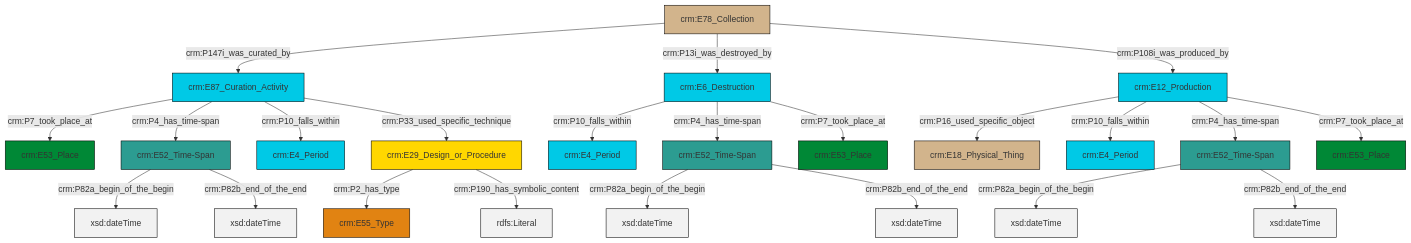
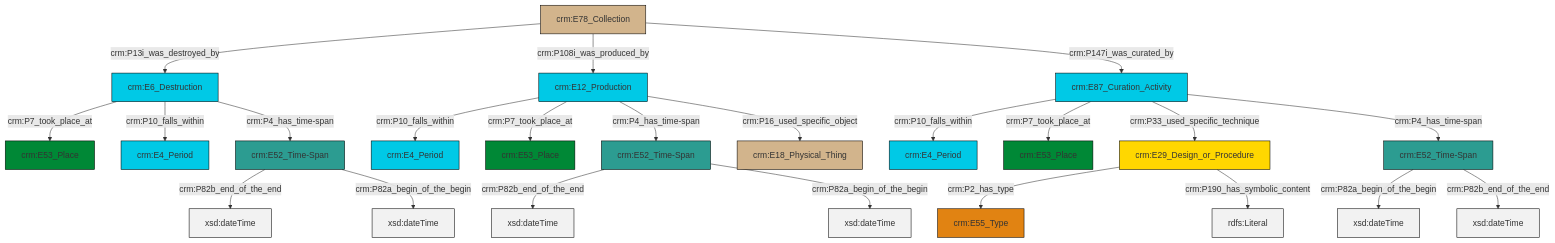
Before and after one commit to swiss-art-research-net/docs.swissartresearch: the diagram in et/archivalCSV/ttl/mmd/archival_existence.ttl.mmd, drawn with Mermaid. The commit also changed 176 other files, not shown here.

```diff
--- a/et/archivalCSV/ttl/mmd/archival_existence.ttl.mmd
+++ b/et/archivalCSV/ttl/mmd/archival_existence.ttl.mmd
@@ -1,37 +1,37 @@
 graph TD
 classDef Literal fill:#f2f2f2,stroke:#000000;
 classDef CRM_Entity fill:#FFFFFF,stroke:#000000;
 classDef Temporal_Entity fill:#00C9E6, stroke:#000000;
 classDef Type fill:#E18312, stroke:#000000;
 classDef Time-Span fill:#2C9C91, stroke:#000000;
 classDef Appellation fill:#FFEB7F, stroke:#000000;
 classDef Place fill:#008836, stroke:#000000;
 classDef Persistent_Item fill:#B266B2, stroke:#000000;
 classDef Conceptual_Object fill:#FFD700, stroke:#000000;
 classDef Physical_Thing fill:#D2B48C, stroke:#000000;
 classDef Actor fill:#f58aad, stroke:#000000;
 classDef PC_Classes fill:#4ce600, stroke:#000000;
 classDef Multi fill:#cccccc,stroke:#000000;
 
-2["crm:E78_Collection"]:::Physical_Thing -->|crm:P147i_was_curated_by| 3["crm:E87_Curation_Activity"]:::Temporal_Entity
-6["crm:E52_Time-Span"]:::Time-Span -->|crm:P82a_begin_of_the_begin| 7[xsd:dateTime]:::Literal
-3["crm:E87_Curation_Activity"]:::Temporal_Entity -->|crm:P7_took_place_at| 8["crm:E53_Place"]:::Place
-11["crm:E52_Time-Span"]:::Time-Span -->|crm:P82a_begin_of_the_begin| 12[xsd:dateTime]:::Literal
+2["crm:E52_Time-Span"]:::Time-Span -->|crm:P82b_end_of_the_end| 3[xsd:dateTime]:::Literal
+4["crm:E87_Curation_Activity"]:::Temporal_Entity -->|crm:P10_falls_within| 0["crm:E4_Period"]:::Temporal_Entity
+5["crm:E78_Collection"]:::Physical_Thing -->|crm:P13i_was_destroyed_by| 6["crm:E6_Destruction"]:::Temporal_Entity
+5["crm:E78_Collection"]:::Physical_Thing -->|crm:P108i_was_produced_by| 9["crm:E12_Production"]:::Temporal_Entity
+6["crm:E6_Destruction"]:::Temporal_Entity -->|crm:P7_took_place_at| 10["crm:E53_Place"]:::Place
 13["crm:E29_Design_or_Procedure"]:::Conceptual_Object -->|crm:P2_has_type| 14["crm:E55_Type"]:::Type
-0["crm:E12_Production"]:::Temporal_Entity -->|crm:P16_used_specific_object| 15["crm:E18_Physical_Thing"]:::Physical_Thing
-0["crm:E12_Production"]:::Temporal_Entity -->|crm:P10_falls_within| 17["crm:E4_Period"]:::Temporal_Entity
-0["crm:E12_Production"]:::Temporal_Entity -->|crm:P4_has_time-span| 11["crm:E52_Time-Span"]:::Time-Span
-13["crm:E29_Design_or_Procedure"]:::Conceptual_Object -->|crm:P190_has_symbolic_content| 20[rdfs:Literal]:::Literal
-2["crm:E78_Collection"]:::Physical_Thing -->|crm:P13i_was_destroyed_by| 21["crm:E6_Destruction"]:::Temporal_Entity
-21["crm:E6_Destruction"]:::Temporal_Entity -->|crm:P10_falls_within| 4["crm:E4_Period"]:::Temporal_Entity
-0["crm:E12_Production"]:::Temporal_Entity -->|crm:P7_took_place_at| 9["crm:E53_Place"]:::Place
-21["crm:E6_Destruction"]:::Temporal_Entity -->|crm:P4_has_time-span| 24["crm:E52_Time-Span"]:::Time-Span
-24["crm:E52_Time-Span"]:::Time-Span -->|crm:P82a_begin_of_the_begin| 27[xsd:dateTime]:::Literal
-6["crm:E52_Time-Span"]:::Time-Span -->|crm:P82b_end_of_the_end| 29[xsd:dateTime]:::Literal
-11["crm:E52_Time-Span"]:::Time-Span -->|crm:P82b_end_of_the_end| 32[xsd:dateTime]:::Literal
-3["crm:E87_Curation_Activity"]:::Temporal_Entity -->|crm:P4_has_time-span| 6["crm:E52_Time-Span"]:::Time-Span
-2["crm:E78_Collection"]:::Physical_Thing -->|crm:P108i_was_produced_by| 0["crm:E12_Production"]:::Temporal_Entity
-21["crm:E6_Destruction"]:::Temporal_Entity -->|crm:P7_took_place_at| 25["crm:E53_Place"]:::Place
-24["crm:E52_Time-Span"]:::Time-Span -->|crm:P82b_end_of_the_end| 37[xsd:dateTime]:::Literal
-3["crm:E87_Curation_Activity"]:::Temporal_Entity -->|crm:P10_falls_within| 34["crm:E4_Period"]:::Temporal_Entity
-3["crm:E87_Curation_Activity"]:::Temporal_Entity -->|crm:P33_used_specific_technique| 13["crm:E29_Design_or_Procedure"]:::Conceptual_Object
+4["crm:E87_Curation_Activity"]:::Temporal_Entity -->|crm:P7_took_place_at| 7["crm:E53_Place"]:::Place
+2["crm:E52_Time-Span"]:::Time-Span -->|crm:P82a_begin_of_the_begin| 15[xsd:dateTime]:::Literal
+6["crm:E6_Destruction"]:::Temporal_Entity -->|crm:P10_falls_within| 17["crm:E4_Period"]:::Temporal_Entity
+9["crm:E12_Production"]:::Temporal_Entity -->|crm:P10_falls_within| 19["crm:E4_Period"]:::Temporal_Entity
+11["crm:E52_Time-Span"]:::Time-Span -->|crm:P82b_end_of_the_end| 20[xsd:dateTime]:::Literal
+4["crm:E87_Curation_Activity"]:::Temporal_Entity -->|crm:P33_used_specific_technique| 13["crm:E29_Design_or_Procedure"]:::Conceptual_Object
+13["crm:E29_Design_or_Procedure"]:::Conceptual_Object -->|crm:P190_has_symbolic_content| 22[rdfs:Literal]:::Literal
+9["crm:E12_Production"]:::Temporal_Entity -->|crm:P7_took_place_at| 23["crm:E53_Place"]:::Place
+11["crm:E52_Time-Span"]:::Time-Span -->|crm:P82a_begin_of_the_begin| 24[xsd:dateTime]:::Literal
+6["crm:E6_Destruction"]:::Temporal_Entity -->|crm:P4_has_time-span| 2["crm:E52_Time-Span"]:::Time-Span
+9["crm:E12_Production"]:::Temporal_Entity -->|crm:P4_has_time-span| 11["crm:E52_Time-Span"]:::Time-Span
+29["crm:E52_Time-Span"]:::Time-Span -->|crm:P82a_begin_of_the_begin| 30[xsd:dateTime]:::Literal
+29["crm:E52_Time-Span"]:::Time-Span -->|crm:P82b_end_of_the_end| 31[xsd:dateTime]:::Literal
+4["crm:E87_Curation_Activity"]:::Temporal_Entity -->|crm:P4_has_time-span| 29["crm:E52_Time-Span"]:::Time-Span
+5["crm:E78_Collection"]:::Physical_Thing -->|crm:P147i_was_curated_by| 4["crm:E87_Curation_Activity"]:::Temporal_Entity
+9["crm:E12_Production"]:::Temporal_Entity -->|crm:P16_used_specific_object| 36["crm:E18_Physical_Thing"]:::Physical_Thing
```
